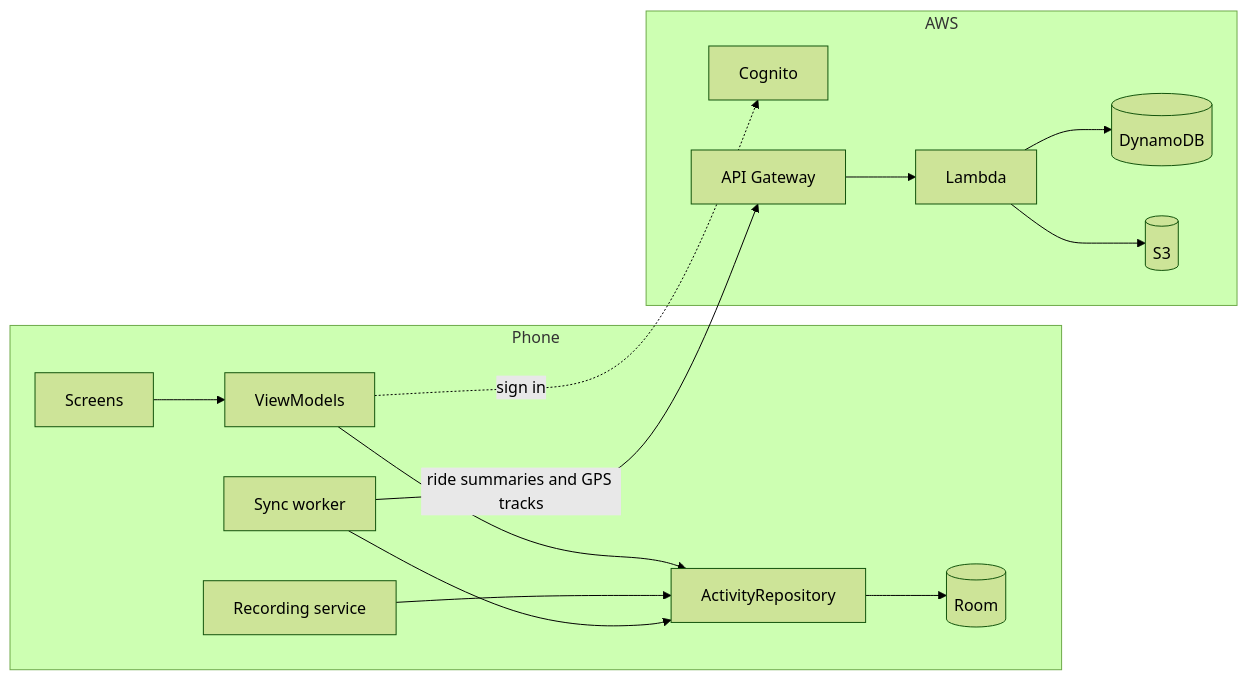
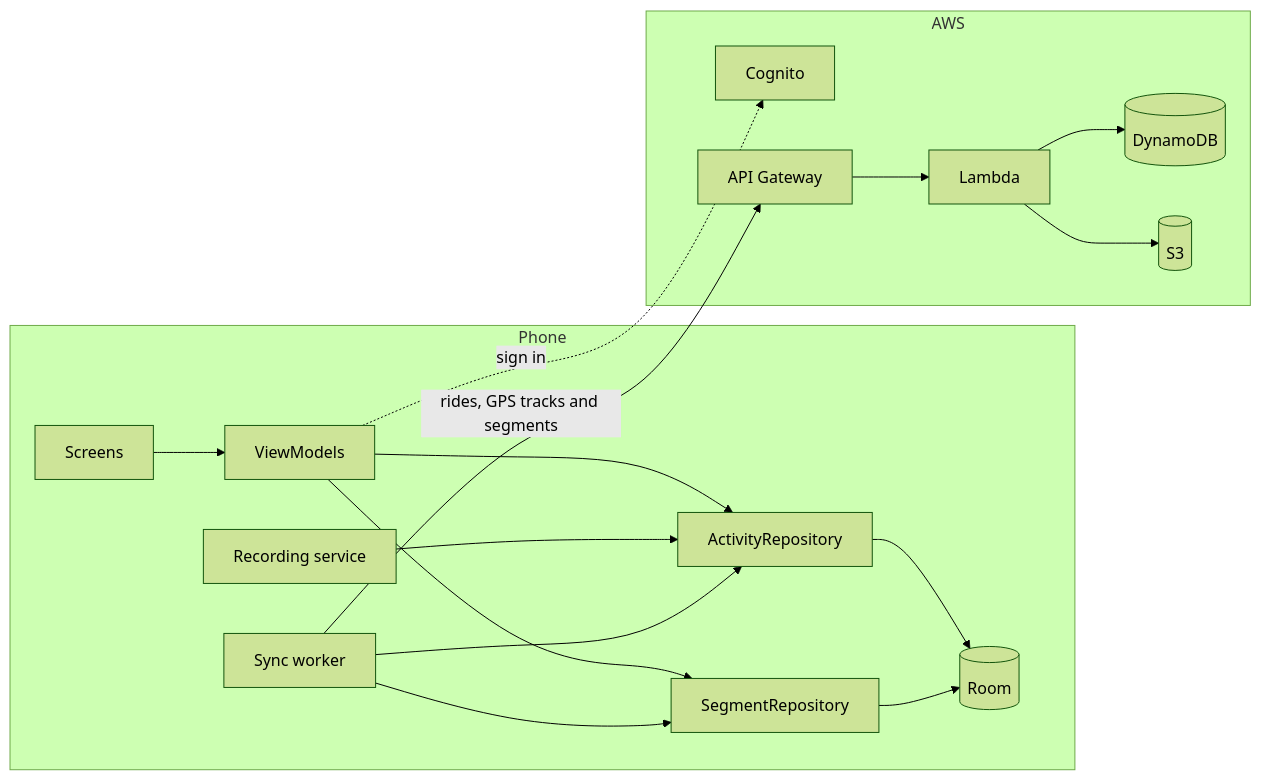
Before and after one commit to danielbrog/activity-stats: the diagram in README.md, drawn with Mermaid (forest theme). The commit also changed other lines of this file and 1 other file, not shown here.

Commit message:
Bring the READMEs up to date: segments, limits, releases (#37)

````diff
--- a/README.md
+++ b/README.md
@@ -40,18 +49,21 @@
 ```mermaid
 flowchart LR
     subgraph Phone
         UI["Screens"] --> VM["ViewModels"]
         VM --> Repo["ActivityRepository"]
         Svc["Recording service"] --> Repo
+        VM --> SegRepo["SegmentRepository"]
         Repo --> DB[("Room")]
+        SegRepo --> DB
         Worker["Sync worker"] --> Repo
+        Worker --> SegRepo
     end
     subgraph AWS
         Cognito["Cognito"]
         API["API Gateway"] --> Lambda["Lambda"]
         Lambda --> Dynamo[("DynamoDB")]
         Lambda --> S3[("S3")]
     end
     VM -. sign in .-> Cognito
-    Worker -- "ride summaries and GPS tracks" --> API
+    Worker -- "rides, GPS tracks and segments" --> API
 ```
````
